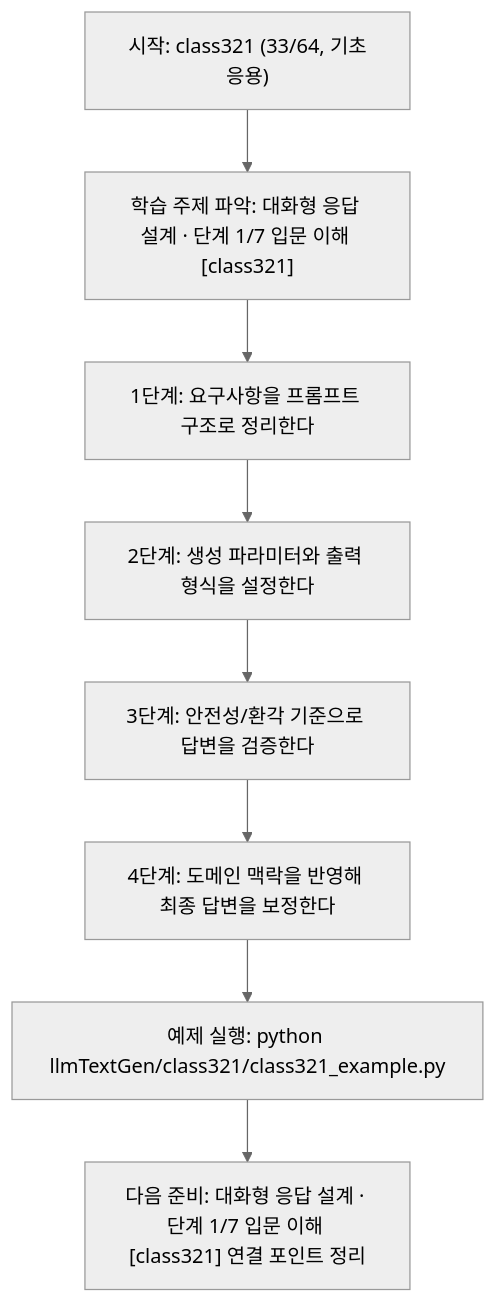
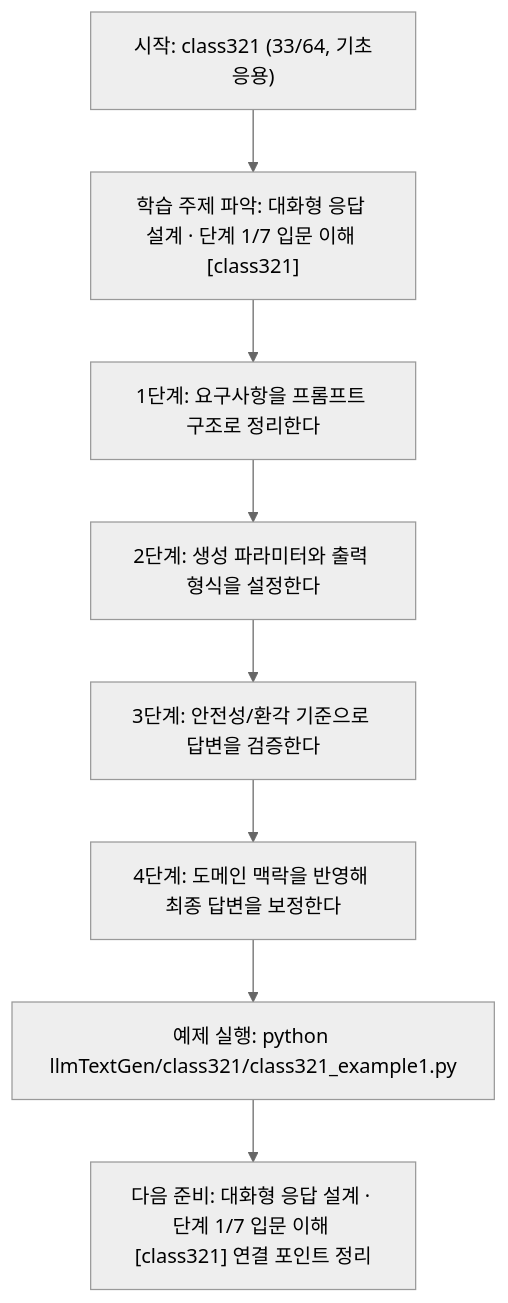
Before and after one commit to edumgt/Python-AI_Agent-Class: the diagram in llmTextGen/class321/class321.md, drawn with Mermaid (neutral theme). The commit also changed other lines of this file and 2959 other files, not shown here.

````diff
--- a/llmTextGen/class321/class321.md
+++ b/llmTextGen/class321/class321.md
@@ -114,18 +114,18 @@
 ```mermaid
 flowchart TD
 N1["시작: class321 (33/64, 기초응용)"]
 N2["학습 주제 파악: 대화형 응답 설계 · 단계 1/7 입문 이해 [class321]"]
 N3["1단계: 요구사항을 프롬프트 구조로 정리한다"]
 N4["2단계: 생성 파라미터와 출력 형식을 설정한다"]
 N5["3단계: 안전성/환각 기준으로 답변을 검증한다"]
 N6["4단계: 도메인 맥락을 반영해 최종 답변을 보정한다"]
-N7["예제 실행: python llmTextGen/class321/class321_example.py"]
+N7["예제 실행: python llmTextGen/class321/class321_example1.py"]
 N8["다음 준비: 대화형 응답 설계 · 단계 1/7 입문 이해 [class321] 연결 포인트 정리"]
 N1 --> N2
 N2 --> N3
 N3 --> N4
 N4 --> N5
 N5 --> N6
 N6 --> N7
 N7 --> N8
 ```
````
